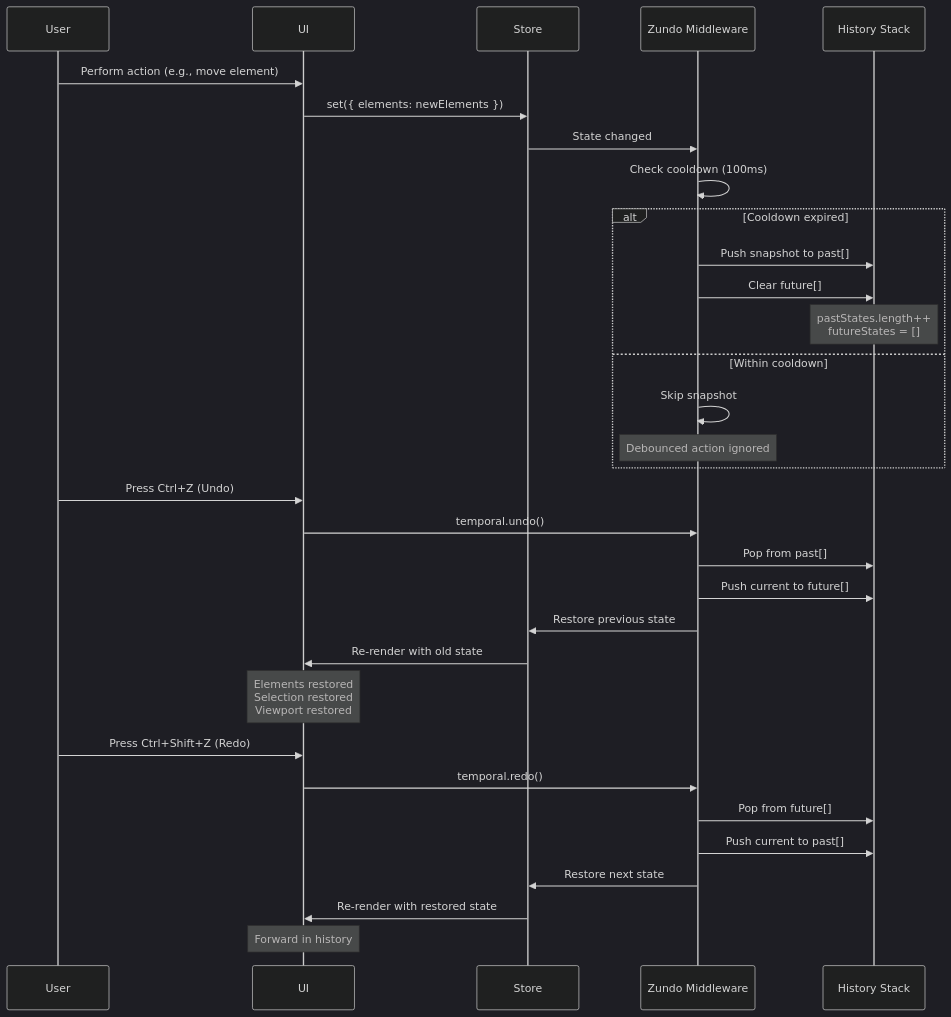
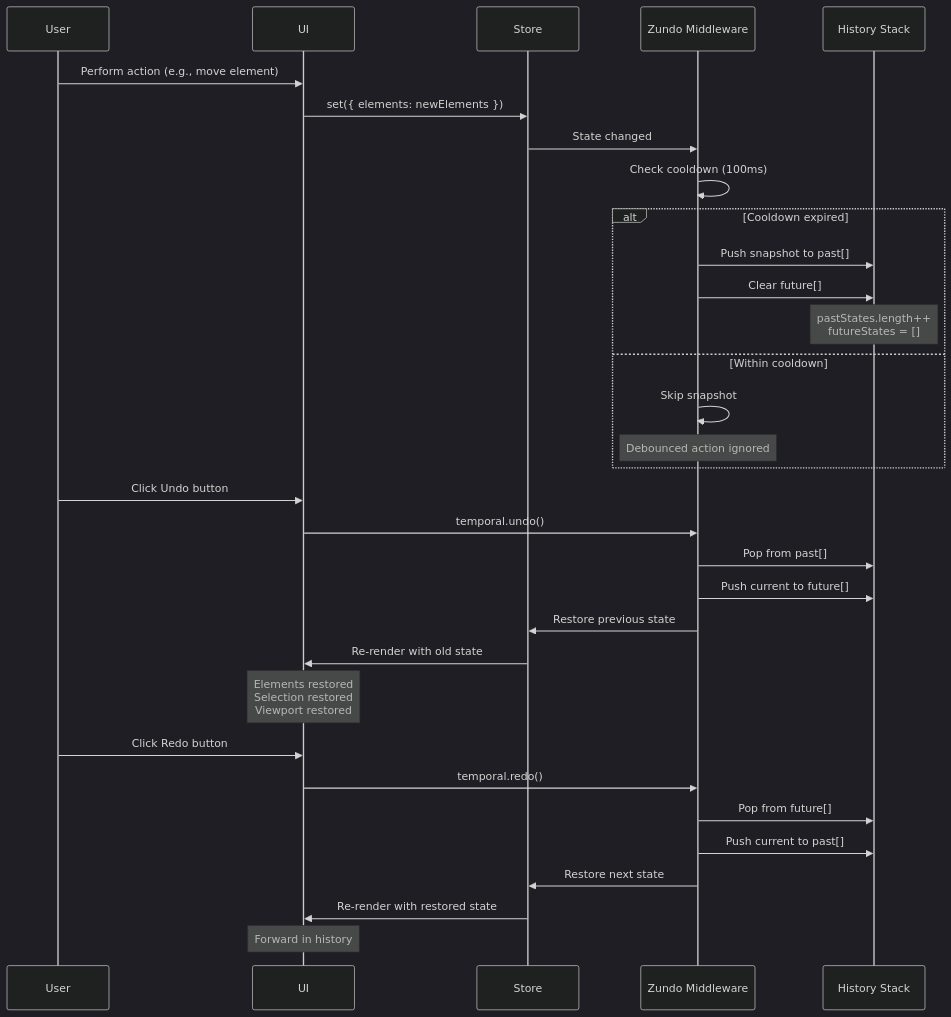
One commit to ekrsulov/ttpe changed the second of 2 diagrams in doc/docs/features/undo-redo.md. Above: the diagram before and after it, drawn with Mermaid (dark theme). The commit also changed other lines of this file, not shown here.

Commit message:
docs: remove unimplemented keyboard shortcuts from undo-redo.md

````diff
--- a/doc/docs/features/undo-redo.md
+++ b/doc/docs/features/undo-redo.md
@@ -168,38 +168,38 @@
 ```mermaid
 sequenceDiagram
     participant User
     participant UI
     participant Store
     participant Zundo as Zundo Middleware
     participant History as History Stack
     
     User->>UI: Perform action (e.g., move element)
     UI->>Store: set({ elements: newElements })
     Store->>Zundo: State changed
     
     Zundo->>Zundo: Check cooldown (100ms)
     alt Cooldown expired
         Zundo->>History: Push snapshot to past[]
         Zundo->>History: Clear future[]
         Note over History: pastStates.length++<br/>futureStates = []
     else Within cooldown
         Zundo->>Zundo: Skip snapshot
         Note over Zundo: Debounced action ignored
     end
     
-    User->>UI: Press Ctrl+Z (Undo)
+    User->>UI: Click Undo button
     UI->>Zundo: temporal.undo()
     Zundo->>History: Pop from past[]
     Zundo->>History: Push current to future[]
     Zundo->>Store: Restore previous state
     Store->>UI: Re-render with old state
     Note over UI: Elements restored<br/>Selection restored<br/>Viewport restored
     
-    User->>UI: Press Ctrl+Shift+Z (Redo)
+    User->>UI: Click Redo button
     UI->>Zundo: temporal.redo()
     Zundo->>History: Pop from future[]
     Zundo->>History: Push current to past[]
     Zundo->>Store: Restore next state
     Store->>UI: Re-render with restored state
     Note over UI: Forward in history
 ```
````
